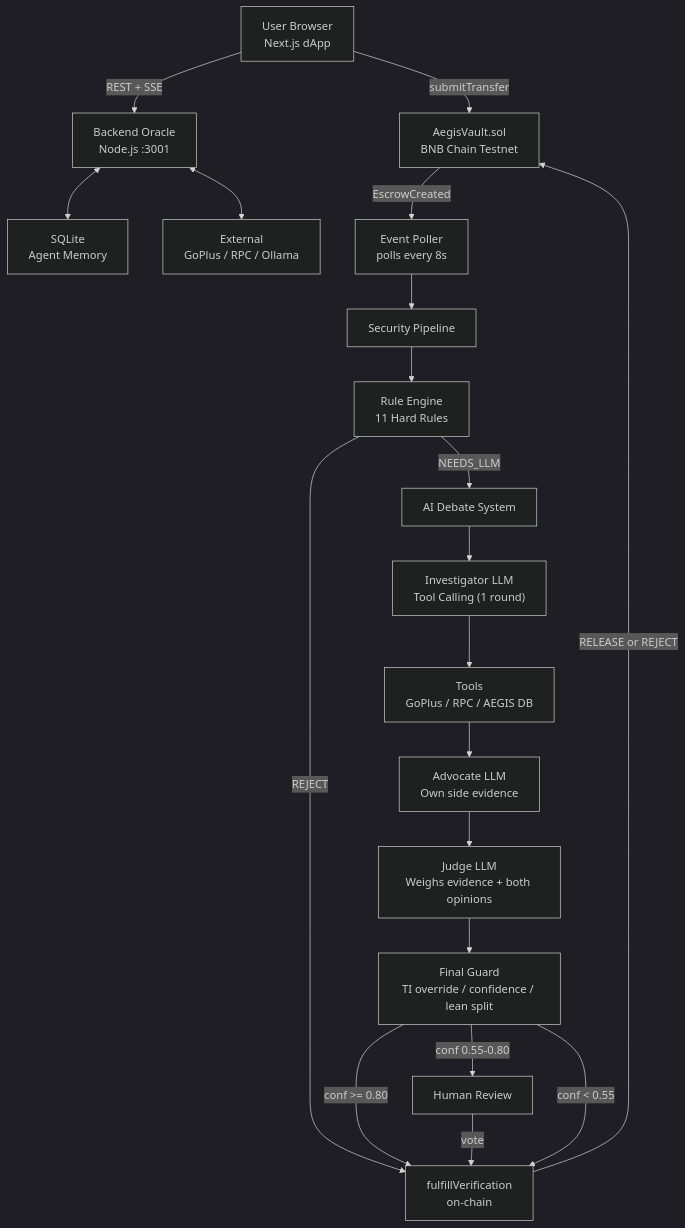
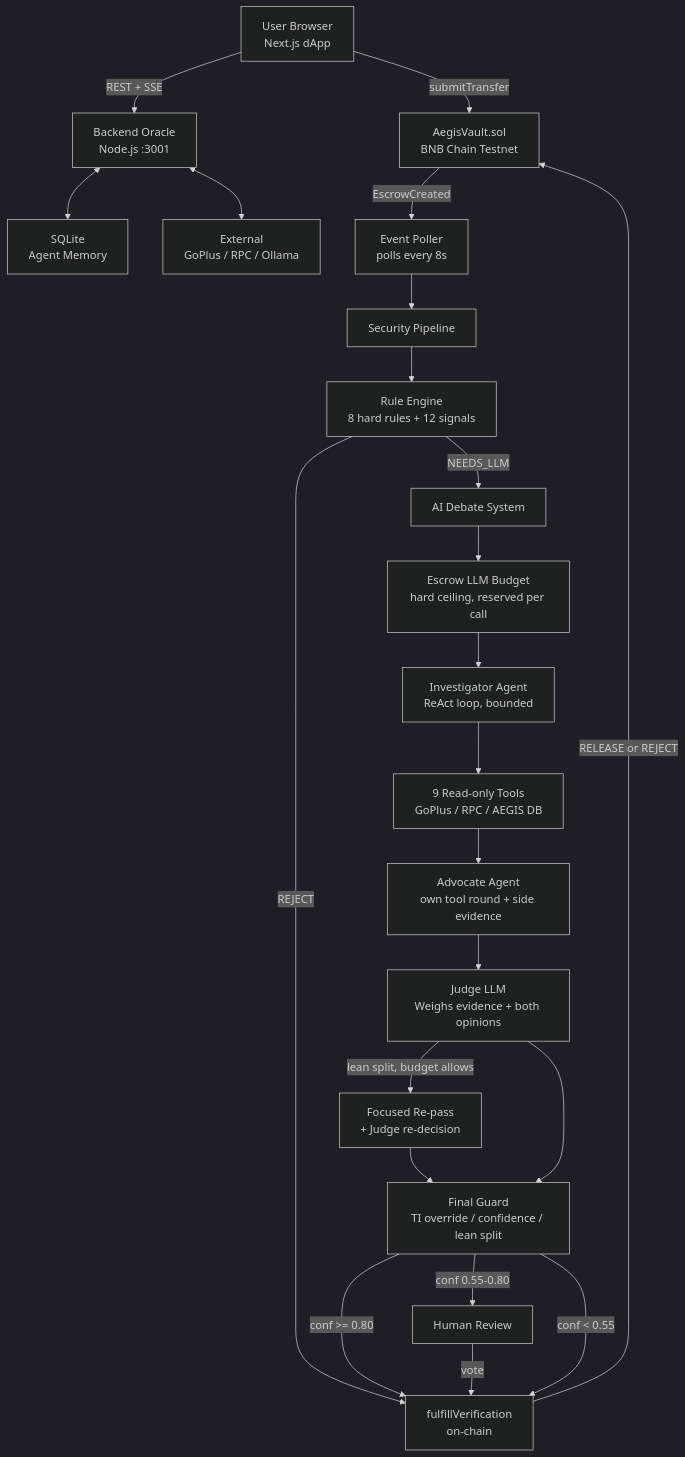
The first of 3 diagrams in README.md (hzBoydev/AEGIS), drawn with Mermaid (dark theme) before and after one commit. The commit also changed other lines of this file and 24 other files, not shown here.

````diff
--- a/README.md
+++ b/README.md
@@ -103,28 +109,31 @@
 ```mermaid
 graph TD
     U["User Browser<br/>Next.js dApp"] -->|REST + SSE| B["Backend Oracle<br/>Node.js :3001"]
     U -->|submitTransfer| SC["AegisVault.sol<br/>BNB Chain Testnet"]
 
     SC -->|EscrowCreated| P["Event Poller<br/>polls every 8s"]
     P --> SP["Security Pipeline"]
 
-    SP --> RE["Rule Engine<br/>11 Hard Rules"]
+    SP --> RE["Rule Engine<br/>8 hard rules + 12 signals"]
     RE -->|REJECT| FV["fulfillVerification<br/>on-chain"]
     RE -->|NEEDS_LLM| AI["AI Debate System"]
 
-    AI --> INV["Investigator LLM<br/>Tool Calling (1 round)"]
-    INV --> TOOLS["Tools<br/>GoPlus / RPC / AEGIS DB"]
-    TOOLS --> ADV["Advocate LLM<br/>Own side evidence"]
+    AI --> BUD["Escrow LLM Budget<br/>hard ceiling, reserved per call"]
+    BUD --> INV["Investigator Agent<br/>ReAct loop, bounded"]
+    INV --> TOOLS["9 Read-only Tools<br/>GoPlus / RPC / AEGIS DB"]
+    TOOLS --> ADV["Advocate Agent<br/>own tool round + side evidence"]
     ADV --> JDG["Judge LLM<br/>Weighs evidence + both opinions"]
+    JDG -->|lean split, budget allows| RP["Focused Re-pass<br/>+ Judge re-decision"]
     JDG --> GRD["Final Guard<br/>TI override / confidence / lean split"]
+    RP --> GRD
 
     GRD -->|conf >= 0.80| FV
     GRD -->|conf 0.55-0.80| HUM["Human Review"]
     GRD -->|conf < 0.55| FV
 
     HUM -->|vote| FV
     FV -->|RELEASE or REJECT| SC
 
     B <--> DB["SQLite<br/>Agent Memory"]
     B <--> EXT["External<br/>GoPlus / RPC / Ollama"]
 ```
````
